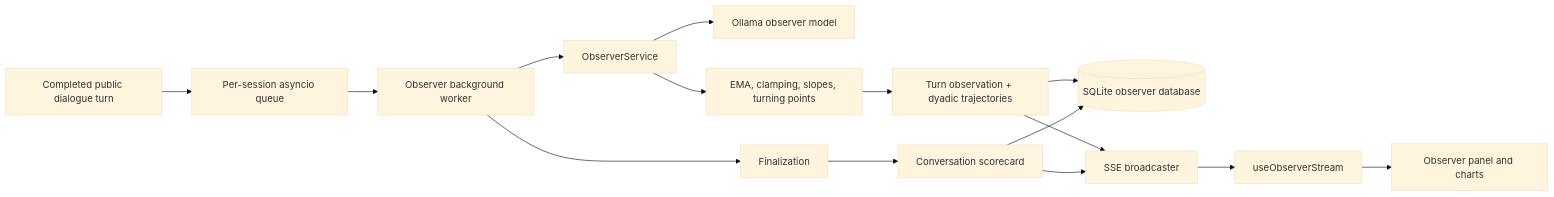
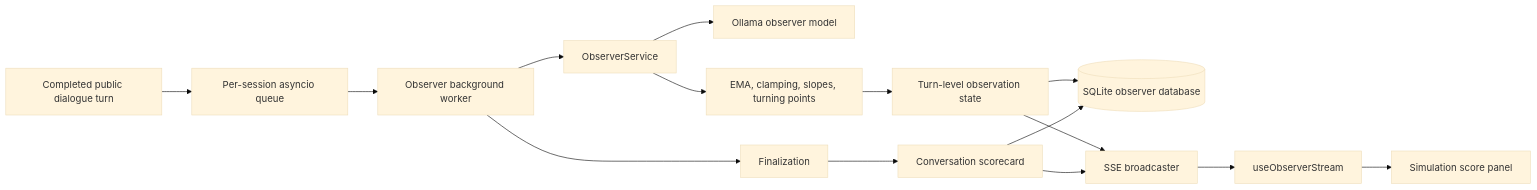
Before and after one commit to abhijay029/Human-Life-Scenario-Simulator: the fifth of 6 diagrams in PROJECT_ARCHITECTURE.md, drawn with Mermaid (base theme). The commit also changed other lines of this file and 19 other files, not shown here.

````diff
--- a/PROJECT_ARCHITECTURE.md
+++ b/PROJECT_ARCHITECTURE.md
@@ -168,17 +168,17 @@
 ```mermaid
 flowchart LR
     Turn[Completed public dialogue turn] --> Queue[Per-session asyncio queue]
     Queue --> Worker[Observer background worker]
     Worker --> Service[ObserverService]
     Service --> LLM[Ollama observer model]
     Service --> Math[EMA, clamping, slopes, turning points]
-    Math --> State[Turn observation + dyadic trajectories]
+    Math --> State[Turn-level observation state]
     State --> Store[(SQLite observer database)]
     State --> Broadcast[SSE broadcaster]
     Broadcast --> Hook[useObserverStream]
-    Hook --> Panel[Observer panel and charts]
+    Hook --> Panel[Simulation score panel]
     Worker --> Finalize[Finalization]
     Finalize --> Scorecard[Conversation scorecard]
     Scorecard --> Store
     Scorecard --> Broadcast
 ```
````
